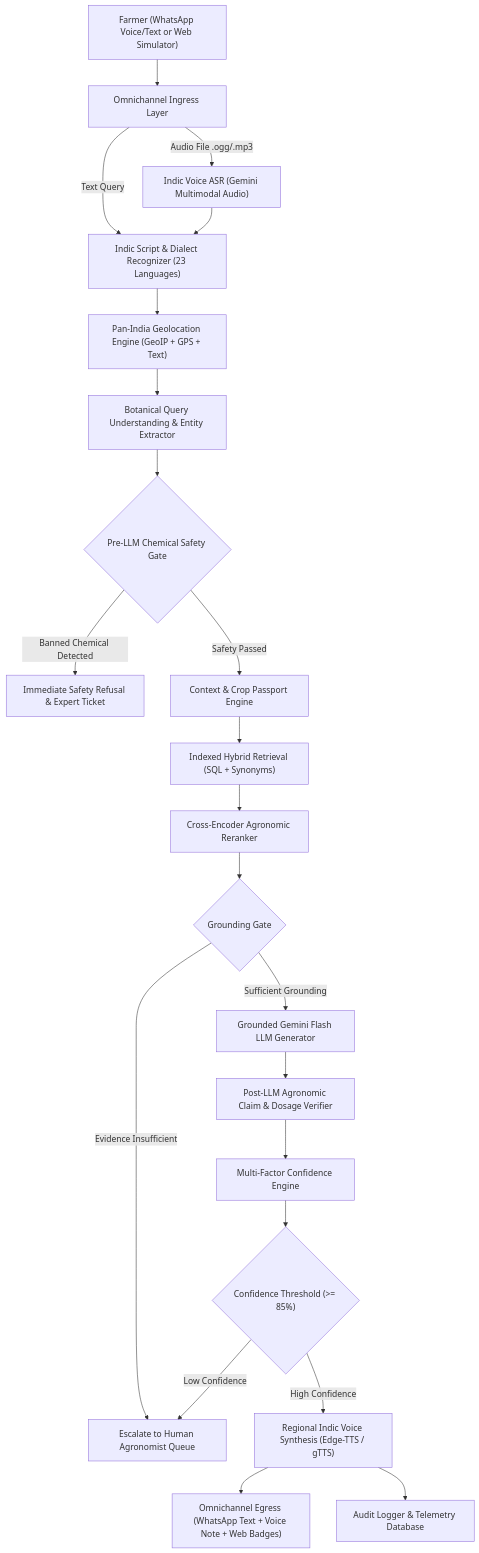
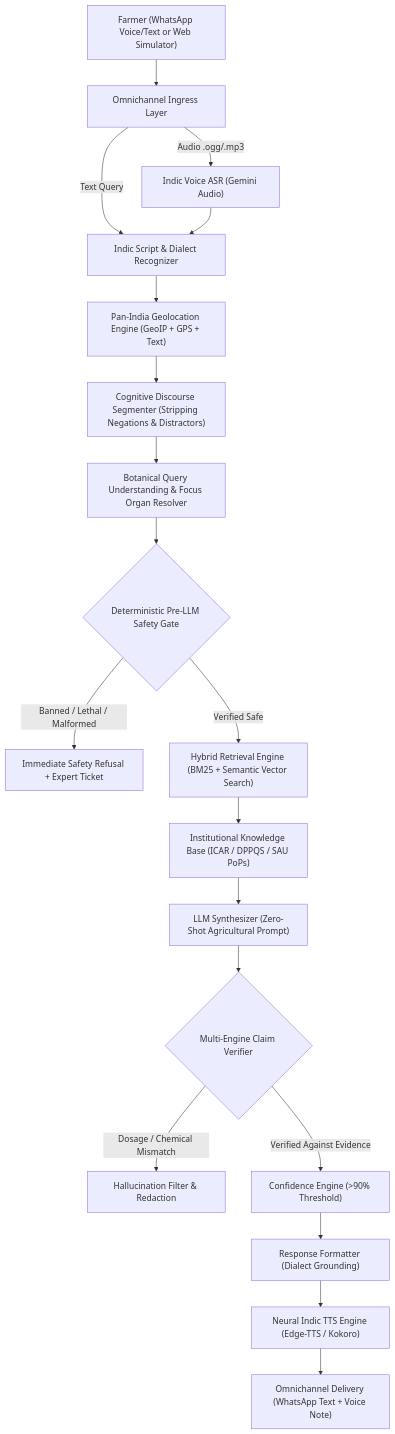
Before and after one commit to Oggyhaha/FasalMitra: the diagram in docs/COMPLETE_PROJECT_GUIDE.md, drawn with Mermaid. The commit also changed other lines of this file and 7 other files, not shown here.

````diff
--- a/docs/COMPLETE_PROJECT_GUIDE.md
+++ b/docs/COMPLETE_PROJECT_GUIDE.md
@@ -50,31 +58,26 @@
 ```mermaid
 flowchart TD
     A["Farmer (WhatsApp Voice/Text or Web Simulator)"] --> B["Omnichannel Ingress Layer"]
-    B -->|Audio File .ogg/.mp3| C["Indic Voice ASR (Gemini Multimodal Audio)"]
-    B -->|Text Query| D["Indic Script & Dialect Recognizer (23 Languages)"]
+    B -->|Audio .ogg/.mp3| C["Indic Voice ASR (Gemini Audio)"]
+    B -->|Text Query| D["Indic Script & Dialect Recognizer"]
     C --> D
     
     D --> E["Pan-India Geolocation Engine (GeoIP + GPS + Text)"]
-    E --> F["Botanical Query Understanding & Entity Extractor"]
+    E --> F["Cognitive Discourse Segmenter (Stripping Negations & Distractors)"]
+    F --> G["Botanical Query Understanding & Focus Organ Resolver"]
     
-    F --> G{"Pre-LLM Chemical Safety Gate"}
-    G -->|Banned Chemical Detected| H["Immediate Safety Refusal & Expert Ticket"]
-    G -->|Safety Passed| I["Context & Crop Passport Engine"]
+    G --> H{"Deterministic Pre-LLM Safety Gate"}
+    H -->|Banned / Lethal / Malformed| I["Immediate Safety Refusal + Expert Ticket"]
     
-    I --> J["Indexed Hybrid Retrieval (SQL + Synonyms)"]
-    J --> K["Cross-Encoder Agronomic Reranker"]
+    H -->|Verified Safe| J["Hybrid Retrieval Engine (BM25 + Semantic Vector Search)"]
+    J --> K["Institutional Knowledge Base (ICAR / DPPQS / SAU PoPs)"]
+    K --> L["LLM Synthesizer (Zero-Shot Agricultural Prompt)"]
     
-    K --> L{"Grounding Gate"}
-    L -->|Evidence Insufficient| M["Escalate to Human Agronomist Queue"]
-    L -->|Sufficient Grounding| N["Grounded Gemini Flash LLM Generator"]
+    L --> M{"Multi-Engine Claim Verifier"}
+    M -->|Dosage / Chemical Mismatch| N["Hallucination Filter & Redaction"]
+    M -->|Verified Against Evidence| O["Confidence Engine (>90% Threshold)"]
     
-    N --> O["Post-LLM Agronomic Claim & Dosage Verifier"]
-    O --> P["Multi-Factor Confidence Engine"]
-    
-    P --> Q{"Confidence Threshold (>= 85%)"}
-    Q -->|Low Confidence| M
-    Q -->|High Confidence| R["Regional Indic Voice Synthesis (Edge-TTS / gTTS)"]
-    
-    R --> S["Omnichannel Egress (WhatsApp Text + Voice Note + Web Badges)"]
-    R --> T["Audit Logger & Telemetry Database"]
+    O --> P["Response Formatter (Dialect Grounding)"]
+    P --> Q["Neural Indic TTS Engine (Edge-TTS / Kokoro)"]
+    Q --> R["Omnichannel Delivery (WhatsApp Text + Voice Note)"]
 ```
````
